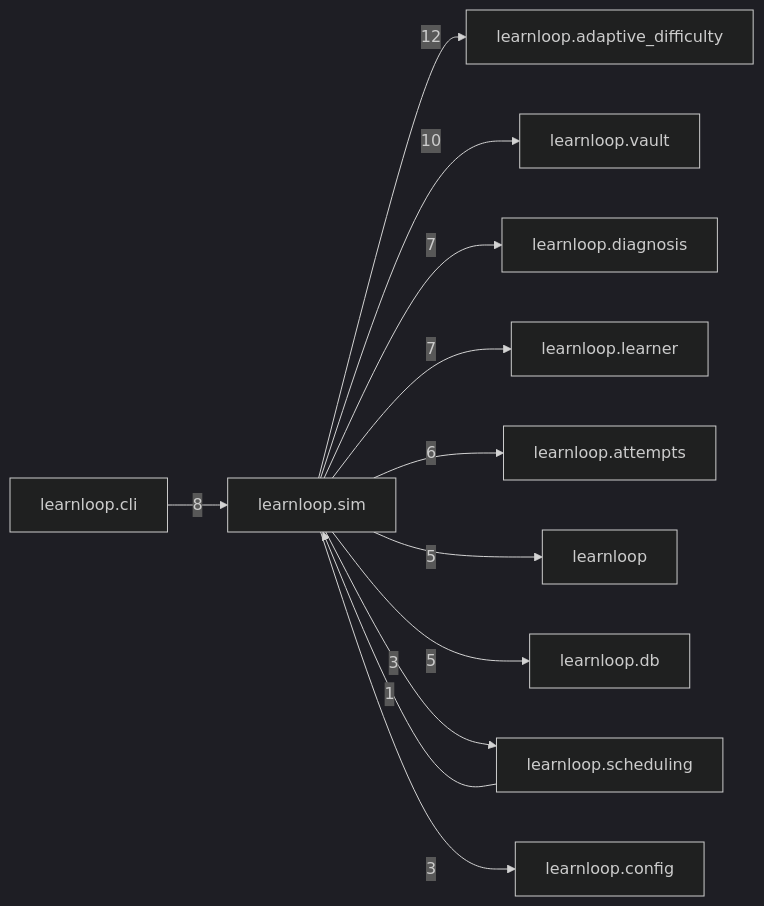
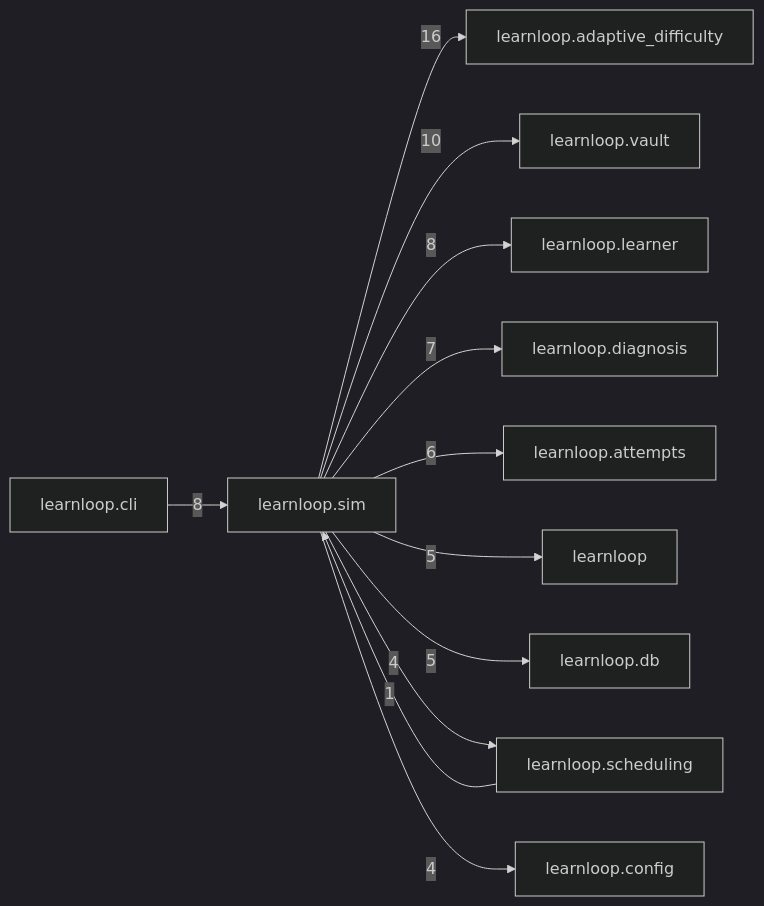
Before and after one commit to 6up-b/learnanything: the diagram in docs/learnloop-architecture-vault/Reference/Modules/learnloop/sim/_package.md, drawn with Mermaid (dark theme). The commit also changed other lines of this file and 49 other files, not shown here.

````diff
--- a/docs/learnloop-architecture-vault/Reference/Modules/learnloop/sim/_package.md
+++ b/docs/learnloop-architecture-vault/Reference/Modules/learnloop/sim/_package.md
@@ -101,25 +105,25 @@
 ```mermaid
 flowchart LR
     center["learnloop.sim"]
     n_learnloop_adaptive_difficulty["learnloop.adaptive_difficulty"]
     n_learnloop_vault["learnloop.vault"]
     n_learnloop_cli["learnloop.cli"]
+    n_learnloop_learner["learnloop.learner"]
     n_learnloop_diagnosis["learnloop.diagnosis"]
-    n_learnloop_learner["learnloop.learner"]
     n_learnloop_attempts["learnloop.attempts"]
     n_learnloop["learnloop"]
     n_learnloop_db["learnloop.db"]
     n_learnloop_scheduling["learnloop.scheduling"]
     n_learnloop_config["learnloop.config"]
-    center -->|12| n_learnloop_adaptive_difficulty
+    center -->|16| n_learnloop_adaptive_difficulty
     center -->|10| n_learnloop_vault
     n_learnloop_cli -->|8| center
+    center -->|8| n_learnloop_learner
     center -->|7| n_learnloop_diagnosis
-    center -->|7| n_learnloop_learner
     center -->|6| n_learnloop_attempts
     center -->|5| n_learnloop
     center -->|5| n_learnloop_db
     n_learnloop_scheduling -->|1| center
-    center -->|3| n_learnloop_scheduling
-    center -->|3| n_learnloop_config
+    center -->|4| n_learnloop_scheduling
+    center -->|4| n_learnloop_config
 ```
````
